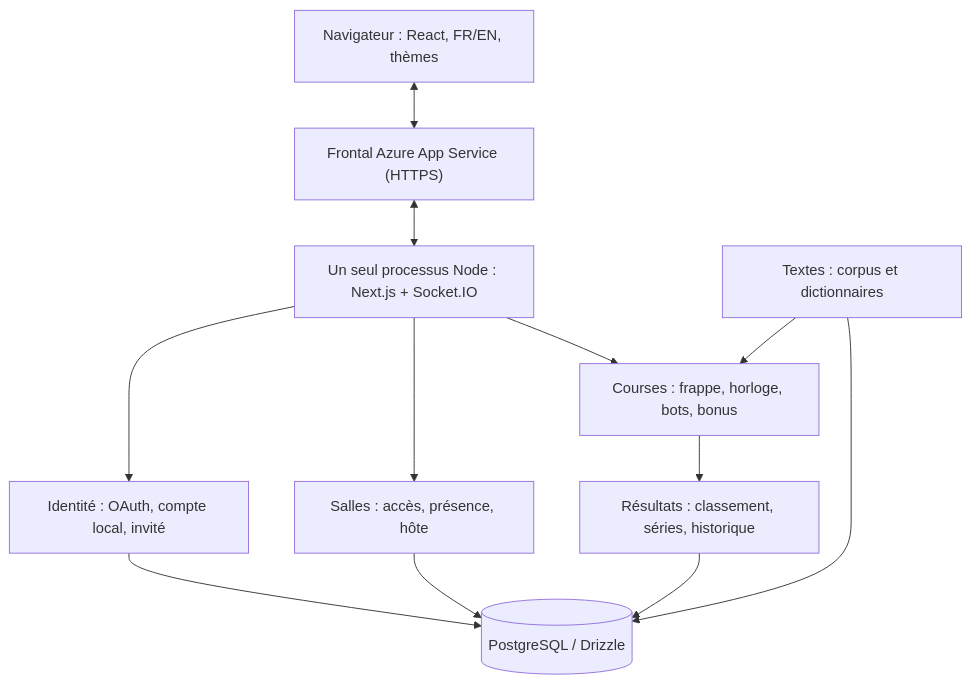
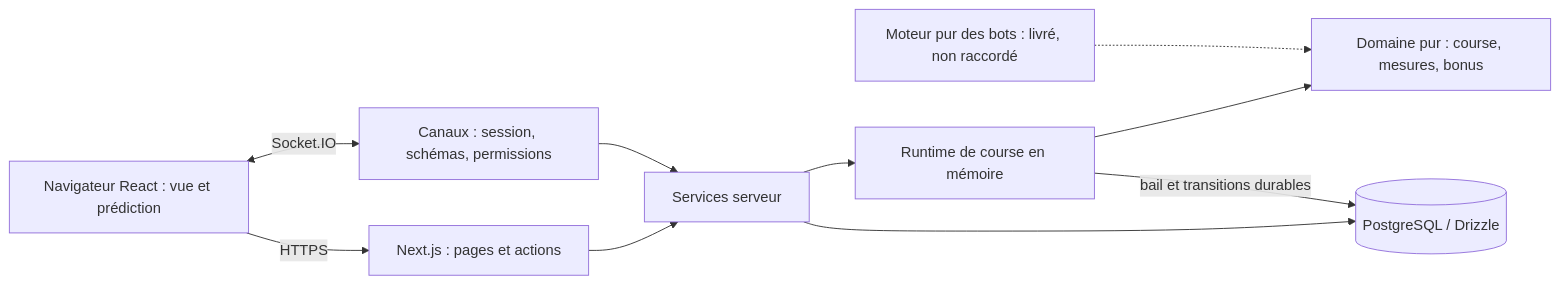
Before and after one commit to PhilJordan18/incision: the first of 4 diagrams in docs/ARCHITECTURE.md, drawn with Mermaid. The commit also changed other lines of this file and 3 other files, not shown here.

Commit message:
docs(architecture): describe delivered race flow and deterministic bots

````diff
--- a/docs/ARCHITECTURE.md
+++ b/docs/ARCHITECTURE.md
@@ -13,23 +24,12 @@
 ```mermaid
-flowchart TB
-  Browser["Navigateur : React, FR/EN, thèmes"]
-  TLS["Frontal Azure App Service (HTTPS)"]
-  Web["Un seul processus Node : Next.js + Socket.IO"]
-  Identity["Identité : OAuth, compte local, invité"]
-  Rooms["Salles : accès, présence, hôte"]
-  Racing["Courses : frappe, horloge, bots, bonus"]
-  Content["Textes : corpus et dictionnaires"]
-  Results["Résultats : classement, séries, historique"]
-  DB[("PostgreSQL / Drizzle")]
-  Browser <--> TLS
-  TLS <--> Web
-  Web --> Identity
-  Web --> Rooms
-  Web --> Racing
-  Content --> Racing
-  Racing --> Results
-  Identity --> DB
-  Rooms --> DB
-  Content --> DB
-  Results --> DB
+flowchart LR
+  C["Navigateur React : vue et prédiction"] -->|HTTPS| N["Next.js : pages et actions"]
+  C <-->|Socket.IO| S["Canaux : session, schémas, permissions"]
+  N --> A["Services serveur"]
+  S --> A
+  A --> R["Runtime de course en mémoire"]
+  R --> D["Domaine pur : course, mesures, bonus"]
+  A --> P[("PostgreSQL / Drizzle")]
+  R -->|bail et transitions durables| P
+  B["Moteur pur des bots : livré, non raccordé"] -.-> D
 ```
````
